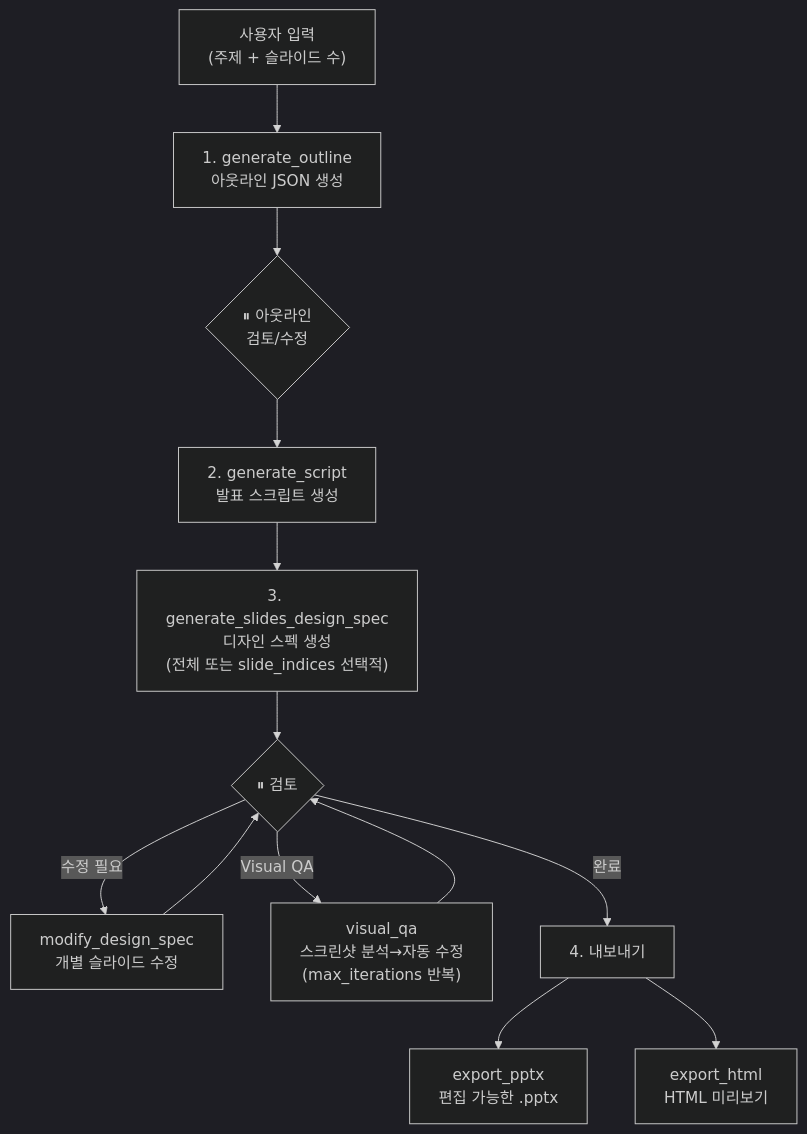
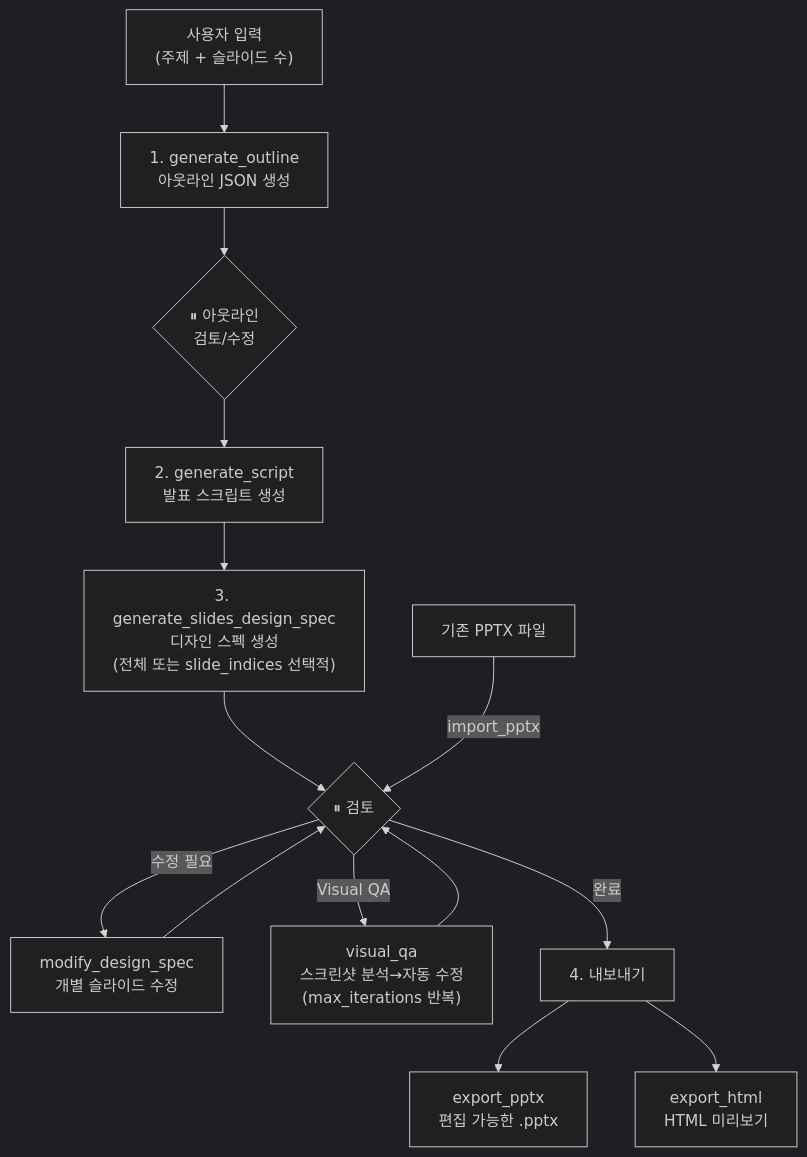
One commit to haandol/ppt-generator changed the second of 2 diagrams in docs/architecture.md. Above: the diagram before and after it, drawn with Mermaid (dark theme). The commit also changed other lines of this file and 15 other files, not shown here.

First line of the commit message:
feat(import): add PPTX import tool and extend shape support to 22 types

````diff
--- a/docs/architecture.md
+++ b/docs/architecture.md
@@ -31,15 +34,17 @@
 ```mermaid
 flowchart TD
     A["사용자 입력\n(주제 + 슬라이드 수)"] --> B["1. generate_outline\n아웃라인 JSON 생성"]
     B --> C{"⏸ 아웃라인\n검토/수정"}
     C --> D["2. generate_script\n발표 스크립트 생성"]
     D --> E["3. generate_slides_design_spec\n디자인 스펙 생성\n(전체 또는 slide_indices 선택적)"]
     E --> F{"⏸ 검토"}
     F -->|"수정 필요"| G["modify_design_spec\n개별 슬라이드 수정"]
     G --> F
     F -->|"Visual QA"| V["visual_qa\n스크린샷 분석→자동 수정\n(max_iterations 반복)"]
     V --> F
     F -->|"완료"| H["4. 내보내기"]
     H --> I["export_pptx\n편집 가능한 .pptx"]
     H --> J["export_html\nHTML 미리보기"]
+
+    K["기존 PPTX 파일"] -->|"import_pptx"| F
 ```
````
